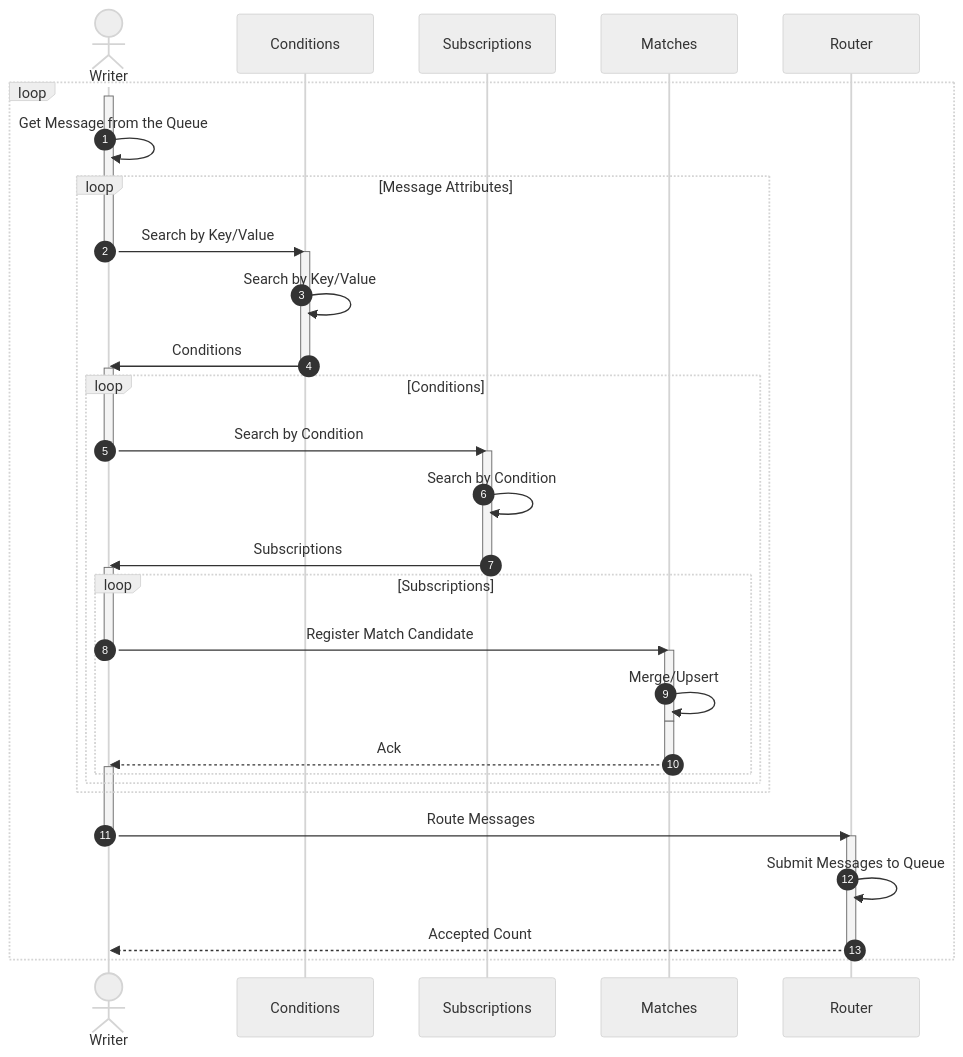
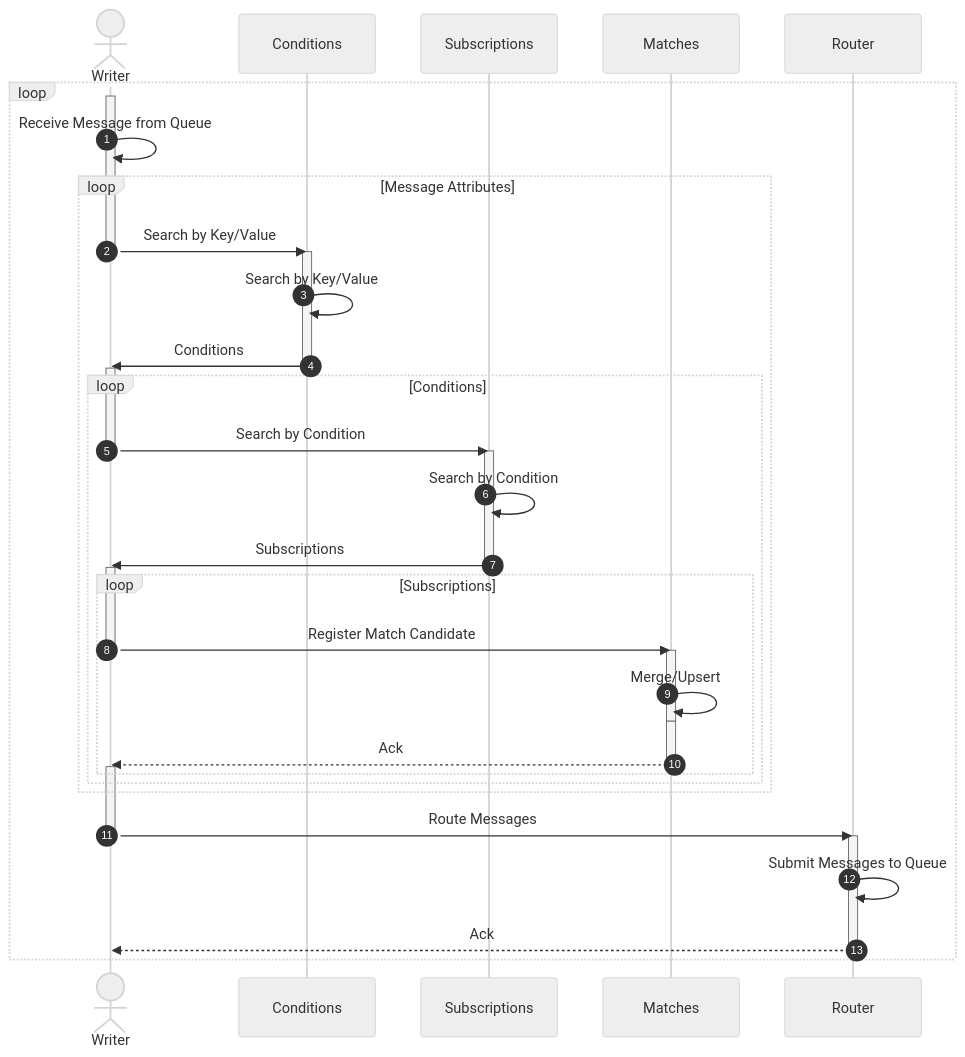
Before and after one commit to awakari/.github: the first of 2 diagrams in profile/README.md, drawn with Mermaid. The commit also changed other lines of this file, not shown here.

````diff
--- a/profile/README.md
+++ b/profile/README.md
@@ -121,68 +121,68 @@
 ```mermaid
 %%{init: {'theme': 'neutral' } }%%
 sequenceDiagram
 
     autonumber
 
     actor Writer
     participant Conditions
     participant Subscriptions
     participant Matches
     participant Router
     
     loop
         activate Writer
-        Writer->>Writer: Get Message from the Queue
+        Writer->>Writer: Receive Message from Queue
         
         loop Message Attributes
         
             Writer->>Conditions: Search by Key/Value
             deactivate Writer
             
             activate Conditions
             Conditions->>Conditions: Search by Key/Value
             Conditions->>Writer: Conditions
             deactivate Conditions
             
             activate Writer
             loop Conditions
                 
                 Writer->>Subscriptions: Search by Condition
                 deactivate Writer
                 
                 activate Subscriptions
                 Subscriptions->>Subscriptions: Search by Condition
                 Subscriptions->>Writer: Subscriptions
                 deactivate Subscriptions
                 
                 activate Writer
                 loop Subscriptions
                     
                     Writer->>Matches: Register Match Candidate
                     deactivate Writer
                     
                     activate Matches
                     Matches->>Matches: Merge/Upsert
                     deactivate Matches                  
                     
                     activate Matches
                     Matches-->>Writer: Ack
                     deactivate Matches
                     
                     activate Writer
                     
                 end
             end
         end
             
         Writer->>Router: Route Messages
         deactivate Writer
         
         activate Router
         Router->>Router: Submit Messages to Queue
-        Router-->>Writer: Accepted Count
+        Router-->>Writer: Ack
         deactivate Router
         
         activate Writer
     end
 ```
````
